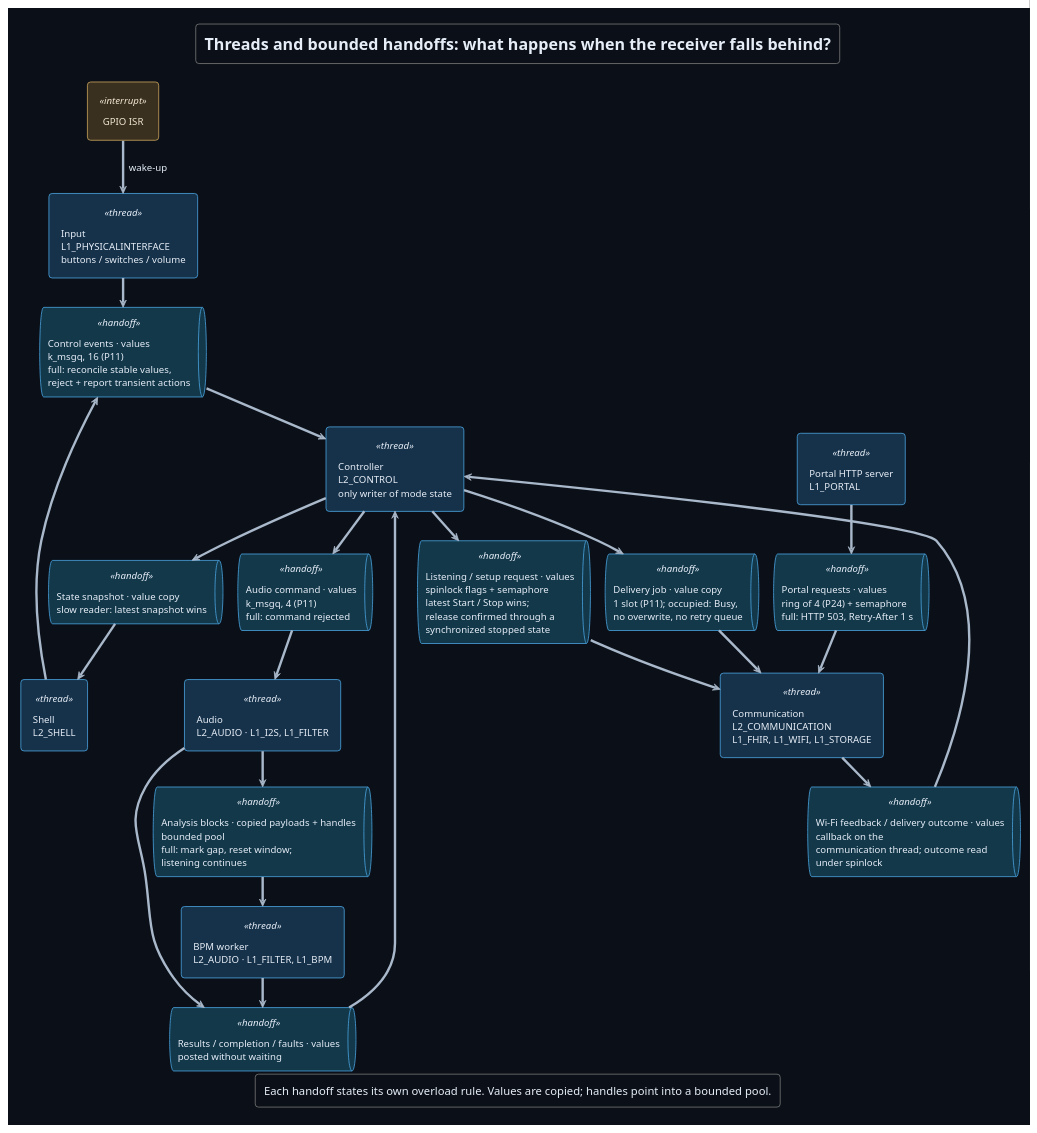
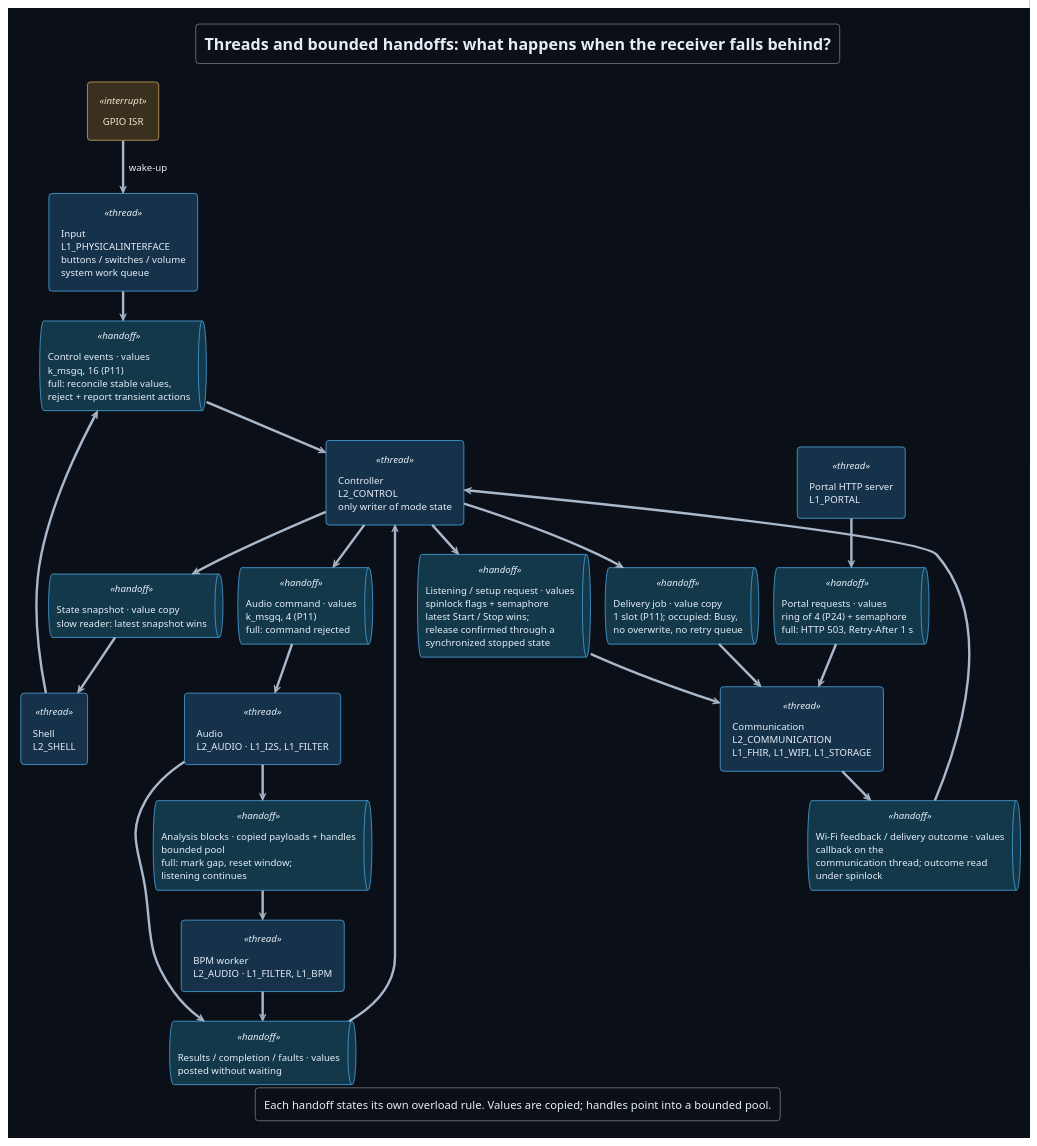
One commit to DemonicPsychoII/DigitalStethoscope changed the diagram in Development/system/design/puml/shared-runtime-handoffs.puml. Above: the diagram before and after it, drawn with PlantUML. The commit also changed 6 other files, not shown here.

First line of the commit message:
documentation: state that input runs on the system work queue

```diff
--- a/Development/system/design/puml/shared-runtime-handoffs.puml
+++ b/Development/system/design/puml/shared-runtime-handoffs.puml
@@ -1,68 +1,68 @@
 @startuml shared_runtime_handoffs
 !theme cyborg
 !pragma layout smetana
 skinparam shadowing false
 skinparam backgroundColor #0b1018
 skinparam defaultFontColor #e6edf7
 skinparam ArrowColor #a9b8ca
 skinparam component {
  BackgroundColor<<thread>> #16324a
  BorderColor<<thread>> #4aa3df
  FontColor<<thread>> #e6edf7
  BackgroundColor<<interrupt>> #3a3020
  BorderColor<<interrupt>> #c9a35a
  FontColor<<interrupt>> #f0e5cf
 }
 skinparam queue {
  BackgroundColor<<handoff>> #12384a
  BorderColor<<handoff>> #4aa3df
  FontColor<<handoff>> #e6edf7
 }
 skinparam componentStyle rectangle
 skinparam defaultFontName SansSerif
 title Threads and bounded handoffs: what happens when the receiver falls behind?
 top to bottom direction
 component "GPIO ISR" as irq <<interrupt>>
-component "Input\nL1_PHYSICALINTERFACE\nbuttons / switches / volume" as inp <<thread>>
+component "Input\nL1_PHYSICALINTERFACE\nbuttons / switches / volume\nsystem work queue" as inp <<thread>>
 component "Shell\nL2_SHELL" as shell <<thread>>
 component "Controller\nL2_CONTROL\nonly writer of mode state" as ctl <<thread>>
 component "Audio\nL2_AUDIO · L1_I2S, L1_FILTER" as audio <<thread>>
 component "BPM worker\nL2_AUDIO · L1_FILTER, L1_BPM" as bpm <<thread>>
 component "Communication\nL2_COMMUNICATION\nL1_FHIR, L1_WIFI, L1_STORAGE" as net <<thread>>
 component "Portal HTTP server\nL1_PORTAL" as portal <<thread>>
 
 queue "Control events · values\nk_msgq, 16 (P11)\nfull: reconcile stable values,\nreject + report transient actions" as controlEvents <<handoff>>
 queue "Audio command · values\nk_msgq, 4 (P11)\nfull: command rejected" as audioCommands <<handoff>>
 queue "Analysis blocks · copied payloads + handles\nbounded pool\nfull: mark gap, reset window;\nlistening continues" as analysisBlocks <<handoff>>
 queue "Results / completion / faults · values\nposted without waiting" as workerEvents <<handoff>>
 queue "State snapshot · value copy\nslow reader: latest snapshot wins" as snapshots <<handoff>>
 queue "Listening / setup request · values\nspinlock flags + semaphore\nlatest Start / Stop wins;\nrelease confirmed through a\nsynchronized stopped state" as listeningRequest <<handoff>>
 queue "Delivery job · value copy\n1 slot (P11); occupied: Busy,\nno overwrite, no retry queue" as deliveryJob <<handoff>>
 queue "Wi-Fi feedback / delivery outcome · values\ncallback on the\ncommunication thread; outcome read\nunder spinlock" as networkFeedback <<handoff>>
 queue "Portal requests · values\nring of 4 (P24) + semaphore\nfull: HTTP 503, Retry-After 1 s" as portalRequests <<handoff>>
 
 irq --> inp : wake-up
 inp --> controlEvents
 shell --> controlEvents
 controlEvents --> ctl
 ctl --> audioCommands
 audioCommands --> audio
 audio --> analysisBlocks
 analysisBlocks --> bpm
 bpm --> workerEvents
 audio --> workerEvents
 workerEvents --> ctl
 ctl --> snapshots
 snapshots --> shell
 ctl --> listeningRequest
 listeningRequest --> net
 ctl --> deliveryJob
 deliveryJob --> net
 net --> networkFeedback
 networkFeedback --> ctl
 portal --> portalRequests
 portalRequests --> net
 legend bottom
  Each handoff states its own overload rule. Values are copied; handles point into a bounded pool.
 endlegend
 @enduml
```
